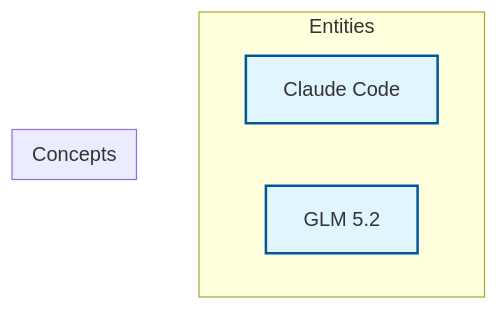
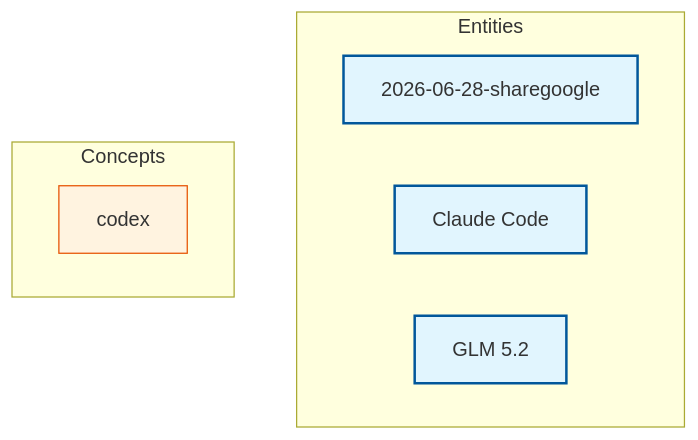
Before and after one commit to dannytsao/PersonalKM: the diagram in wiki/knowledge-graph.md, drawn with Mermaid. The commit also changed other lines of this file and 4 other files, not shown here.

````diff
--- a/wiki/knowledge-graph.md
+++ b/wiki/knowledge-graph.md
@@ -7,19 +7,25 @@
 ```mermaid
 %%{init: {'flowchart': {'useMaxWidth': false, 'htmlLabels': true, 'curve': 'basis', 'padding': 15}}}%%
 flowchart TD
     classDef entity fill:#e1f5fe,stroke:#01579b,stroke-width:2px,cursor:pointer;
     classDef concept fill:#fff3e0,stroke:#e65100,stroke-width:1px,cursor:pointer;
 
     subgraph Entities
+        p_2026_06_28_sharegoogle["2026-06-28-sharegoogle"]
+        click p_2026_06_28_sharegoogle "entities/2026-06-28-sharegoogle.md" "Open 2026-06-28-sharegoogle"
+        class p_2026_06_28_sharegoogle entity
         claude_code["Claude Code"]
         click claude_code "entities/claude-code.md" "Open Claude Code"
         class claude_code entity
         glm_5_2["GLM 5.2"]
         click glm_5_2 "entities/glm-5-2.md" "Open GLM 5.2"
         class glm_5_2 entity
     end
 
     subgraph Concepts
+        codex["codex"]
+        click codex "concepts/codex.md" "Open codex"
+        class codex concept
     end
 
 ```
````
